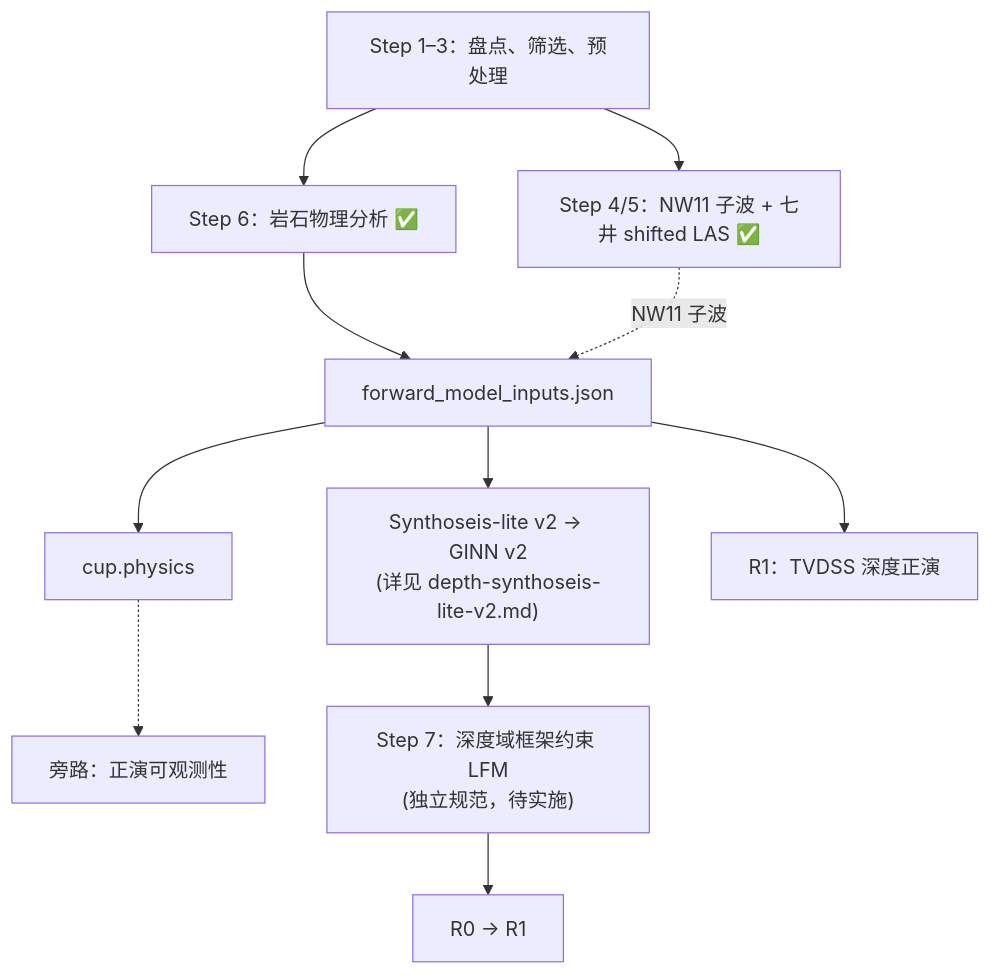
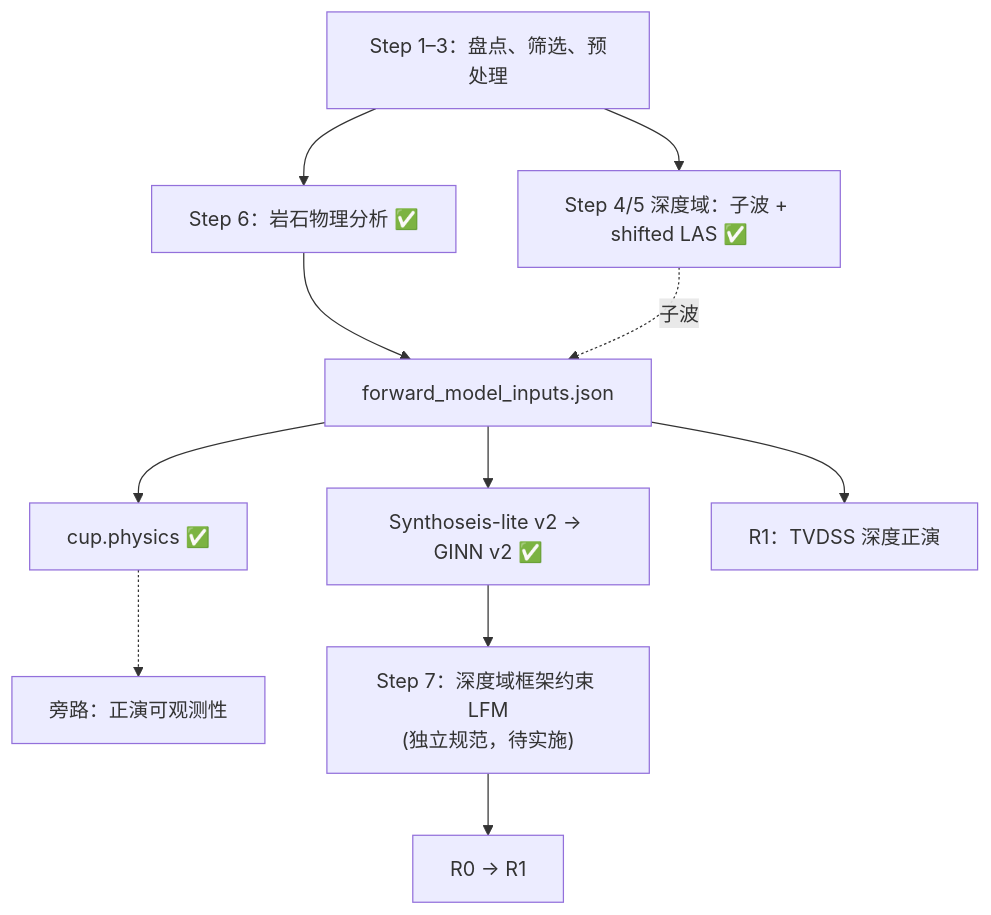
One commit to oimero/inversion_workflow changed the diagram in docs/spec/DEPTH_DOMAIN_FORWARD_REFACTOR.md. Above: the diagram before and after it, drawn with Mermaid. The commit also changed other lines of this file and 4 other files, not shown here.

````diff
--- a/docs/spec/DEPTH_DOMAIN_FORWARD_REFACTOR.md
+++ b/docs/spec/DEPTH_DOMAIN_FORWARD_REFACTOR.md
@@ -421,13 +262,13 @@
 ```mermaid
 flowchart TD
-    A["Step 1–3：盘点、筛选、预处理"] --> B["Step 4/5：NW11 子波 + 七井 shifted LAS ✅"]
+    A["Step 1–3：盘点、筛选、预处理"] --> B["Step 4/5 深度域：子波 + shifted LAS ✅"]
     A --> C["Step 6：岩石物理分析 ✅"]
     C --> D["forward_model_inputs.json"]
-    B -.->|NW11 子波| D
-    D --> E["cup.physics"]
-    D --> F["Synthoseis-lite v2 → GINN v2<br/>(详见 depth-synthoseis-lite-v2.md)"]
+    B -.->|子波| D
+    D --> E["cup.physics ✅"]
+    D --> F["Synthoseis-lite v2 → GINN v2 ✅"]
     D --> G["R1：TVDSS 深度正演"]
     E -.-> H["旁路：正演可观测性"]
     F --> I["Step 7：深度域框架约束 LFM<br/>(独立规范，待实施)"]
     I --> J["R0 → R1"]
 ```
````
